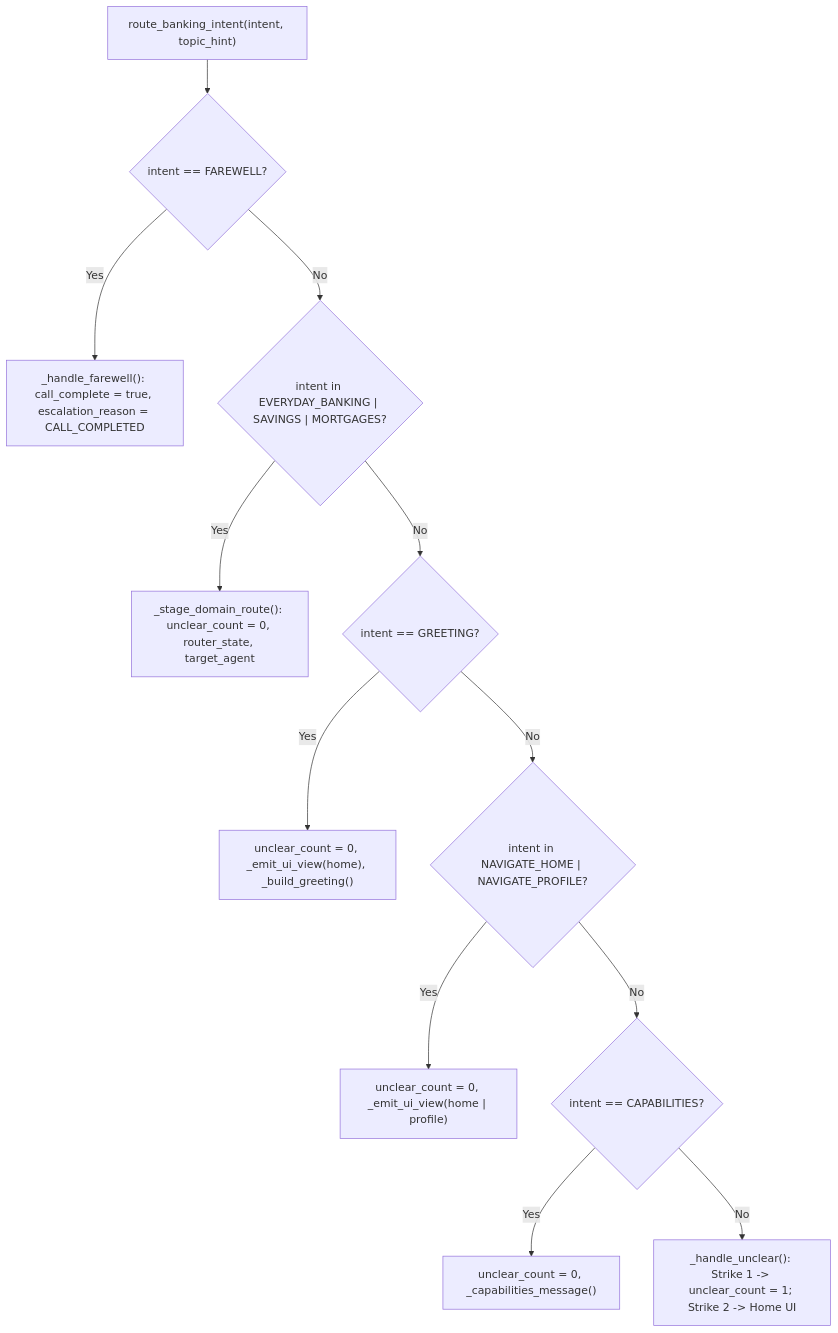
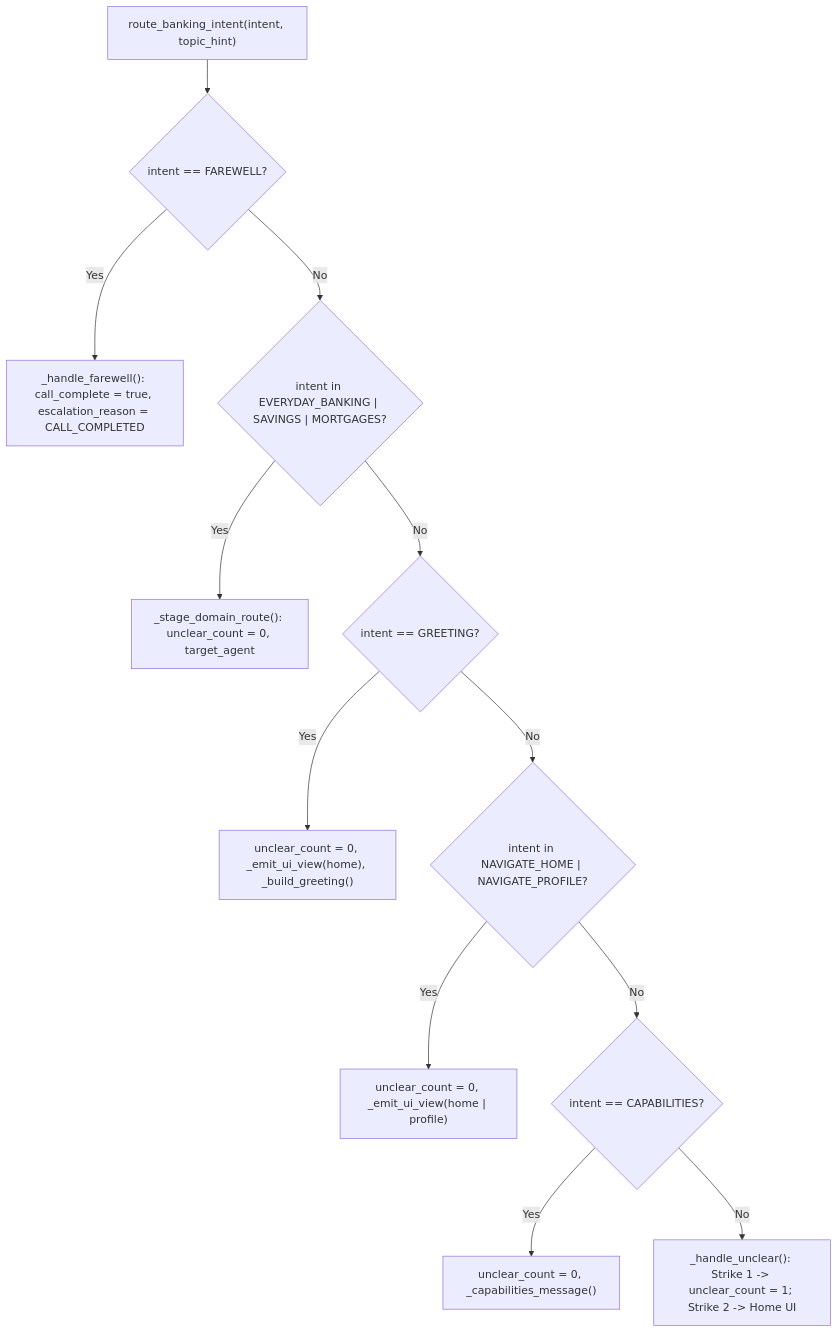
Before and after one commit to oliviervg1/gecx-bank-demo: the diagram in docs/tools/route_banking_intent.md, drawn with Mermaid. The commit also changed other lines of this file and 19 other files, not shown here.

Commit message:
Harden CI privacy hygiene, standardize proxy port 8765, and sync architecture docs

````diff
--- a/docs/tools/route_banking_intent.md
+++ b/docs/tools/route_banking_intent.md
@@ -19,14 +19,14 @@
 ```mermaid
 flowchart TD
     Entry["route_banking_intent(intent, topic_hint)"] --> Farewell{"intent == FAREWELL?"}
     Farewell -->|"Yes"| HFarewell["_handle_farewell(): call_complete = true, escalation_reason = CALL_COMPLETED"]
     Farewell -->|"No"| Domain{"intent in EVERYDAY_BANKING | SAVINGS | MORTGAGES?"}
-    Domain -->|"Yes"| HStage["_stage_domain_route(): unclear_count = 0, router_state, target_agent"]
+    Domain -->|"Yes"| HStage["_stage_domain_route(): unclear_count = 0, target_agent"]
     Domain -->|"No"| Greet{"intent == GREETING?"}
     Greet -->|"Yes"| HGreet["unclear_count = 0, _emit_ui_view(home), _build_greeting()"]
     Greet -->|"No"| Nav{"intent in NAVIGATE_HOME | NAVIGATE_PROFILE?"}
     Nav -->|"Yes"| HNav["unclear_count = 0, _emit_ui_view(home | profile)"]
     Nav -->|"No"| Cap{"intent == CAPABILITIES?"}
     Cap -->|"Yes"| HCap["unclear_count = 0, _capabilities_message()"]
     Cap -->|"No"| HUnclear["_handle_unclear(): Strike 1 -> unclear_count = 1; Strike 2 -> Home UI"]
 ```
````
